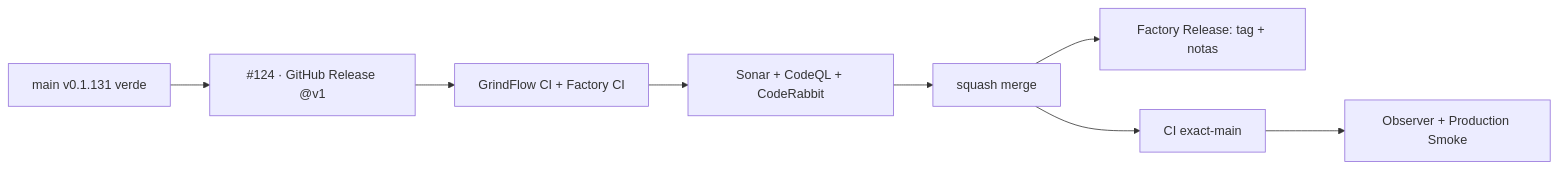
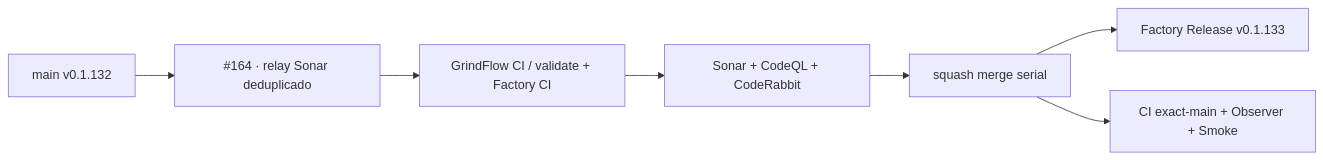
One commit to pl0n3r/GrindFlow changed the diagram in README.md. Above: the diagram before and after it, drawn with Mermaid. The commit also changed other lines of this file and 6 other files, not shown here.

First line of the commit message:
ci(sonar): deduplicar relay por check_run (V 0.1.133) (#164)

````diff
--- a/README.md
+++ b/README.md
@@ -48,10 +47,9 @@
 ```mermaid
 flowchart LR
-  A["main v0.1.131 verde"] --> P["#124 · GitHub Release @v1"]
-  P --> F["GrindFlow CI + Factory CI"]
+  A["main v0.1.132"] --> P["#164 · relay Sonar deduplicado"]
+  P --> F["GrindFlow CI / validate + Factory CI"]
   F --> Q["Sonar + CodeQL + CodeRabbit"]
-  Q --> M["squash merge"]
-  M --> R["Factory Release: tag + notas"]
-  M --> X["CI exact-main"]
-  X --> S["Observer + Production Smoke"]
+  Q --> M["squash merge serial"]
+  M --> R["Factory Release v0.1.133"]
+  M --> X["CI exact-main + Observer + Smoke"]
 ```
````
